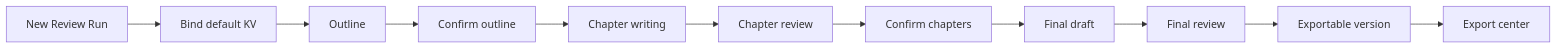
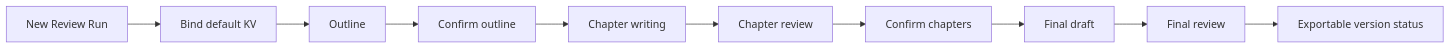
The fifth of 5 diagrams in docs/design/03_ui_workspace.md (haoyanzhen/ResearchPaperBase), drawn with Mermaid before and after one commit. The commit also changed other lines of this file, not shown here.

````diff
--- a/docs/design/03_ui_workspace.md
+++ b/docs/design/03_ui_workspace.md
@@ -1022,13 +820,12 @@
 ```mermaid
 flowchart LR
   A["New Review Run"] --> B["Bind default KV"]
   B --> C["Outline"]
   C --> D["Confirm outline"]
   D --> E["Chapter writing"]
   E --> F["Chapter review"]
   F --> G["Confirm chapters"]
   G --> H["Final draft"]
   H --> I["Final review"]
-  I --> J["Exportable version"]
-  J --> K["Export center"]
+  I --> J["Exportable version status"]
 ```
````
